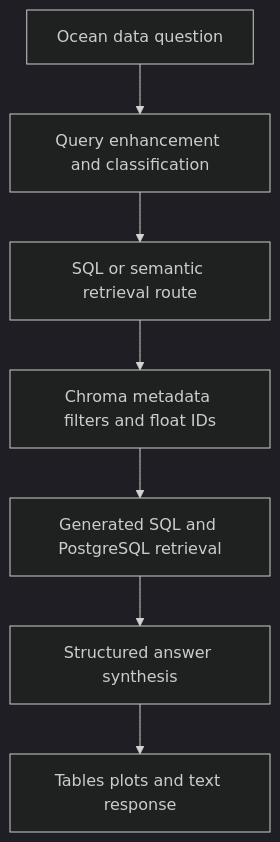
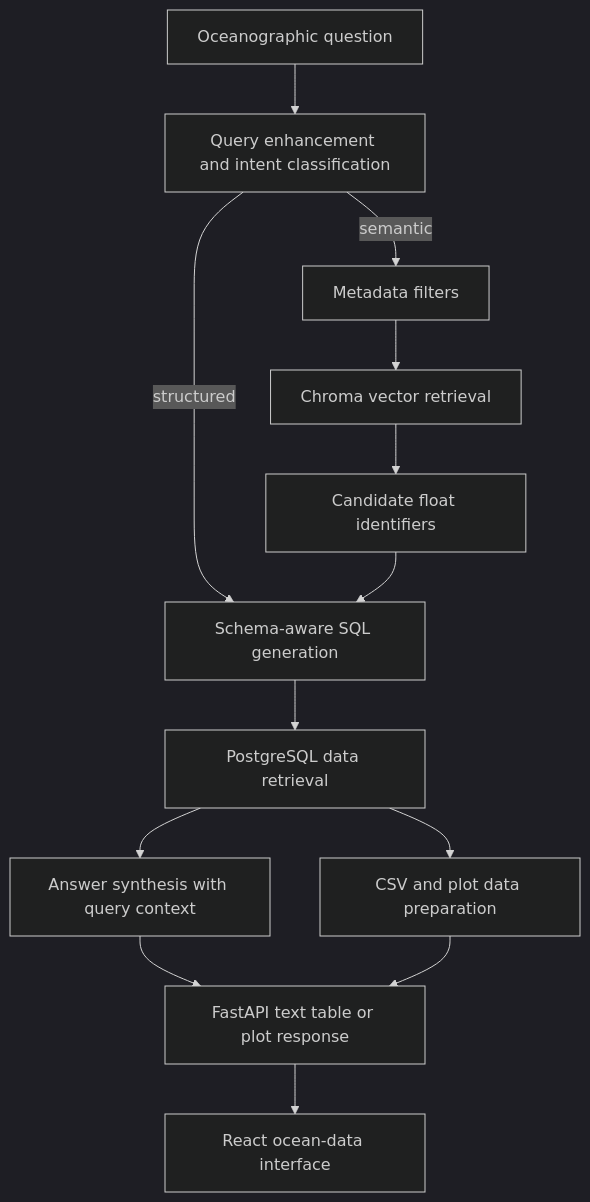
The diagram in README.md (ryash14/Anantha), drawn with Mermaid before and after one commit.

Commit message:
docs: map ingestion branches, routing and state transitions

````diff
--- a/README.md
+++ b/README.md
@@ -7,17 +7,15 @@
 ```mermaid
 %%{init: {'theme': 'dark'}}%%
 flowchart TD
-    N0["Ocean data question"]
-    N1["Query enhancement and classification"]
-    N2["SQL or semantic retrieval route"]
-    N3["Chroma metadata filters and float IDs"]
-    N4["Generated SQL and PostgreSQL retrieval"]
-    N5["Structured answer synthesis"]
-    N6["Tables plots and text response"]
-    N0 --> N1
-    N1 --> N2
-    N2 --> N3
-    N3 --> N4
-    N4 --> N5
-    N5 --> N6
+    Q["Oceanographic question"] --> EN["Query enhancement and intent classification"]
+    EN -->|structured| SQL["Schema-aware SQL generation"]
+    EN -->|semantic| FILTER["Metadata filters"]
+    FILTER --> V["Chroma vector retrieval"]
+    V --> IDS["Candidate float identifiers"] --> SQL
+    SQL --> PG["PostgreSQL data retrieval"]
+    PG --> LLM["Answer synthesis with query context"]
+    PG --> CSV["CSV and plot data preparation"]
+    LLM --> OUT["FastAPI text table or plot response"]
+    CSV --> OUT
+    OUT --> UI["React ocean-data interface"]
 ```
````
